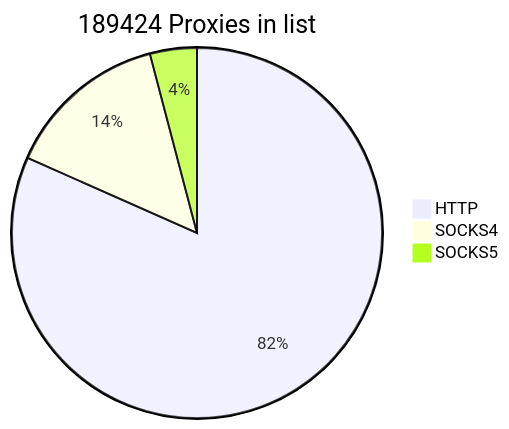
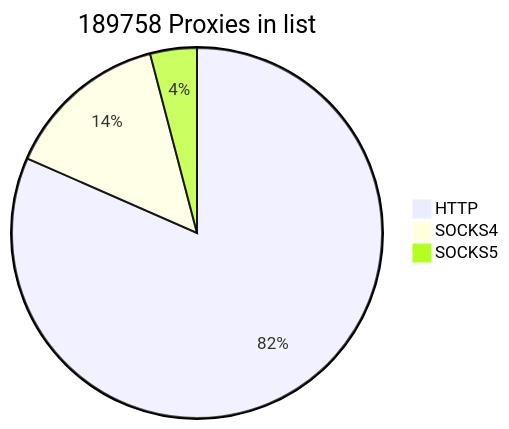
The first of 2 diagrams in README.md (cutipu/proxylist), drawn with Mermaid before and after one commit. The commit also changed other lines of this file, not shown here.

````diff
--- a/README.md
+++ b/README.md
@@ -2,7 +2,7 @@
 ```mermaid
-pie title 189424 Proxies in list
-    "HTTP" : 154654
-    "SOCKS4" : 27018
-    "SOCKS5" : 7752
+pie title 189758 Proxies in list
+    "HTTP" : 154811
+    "SOCKS4" : 27206
+    "SOCKS5" : 7741
             
 ```
````
